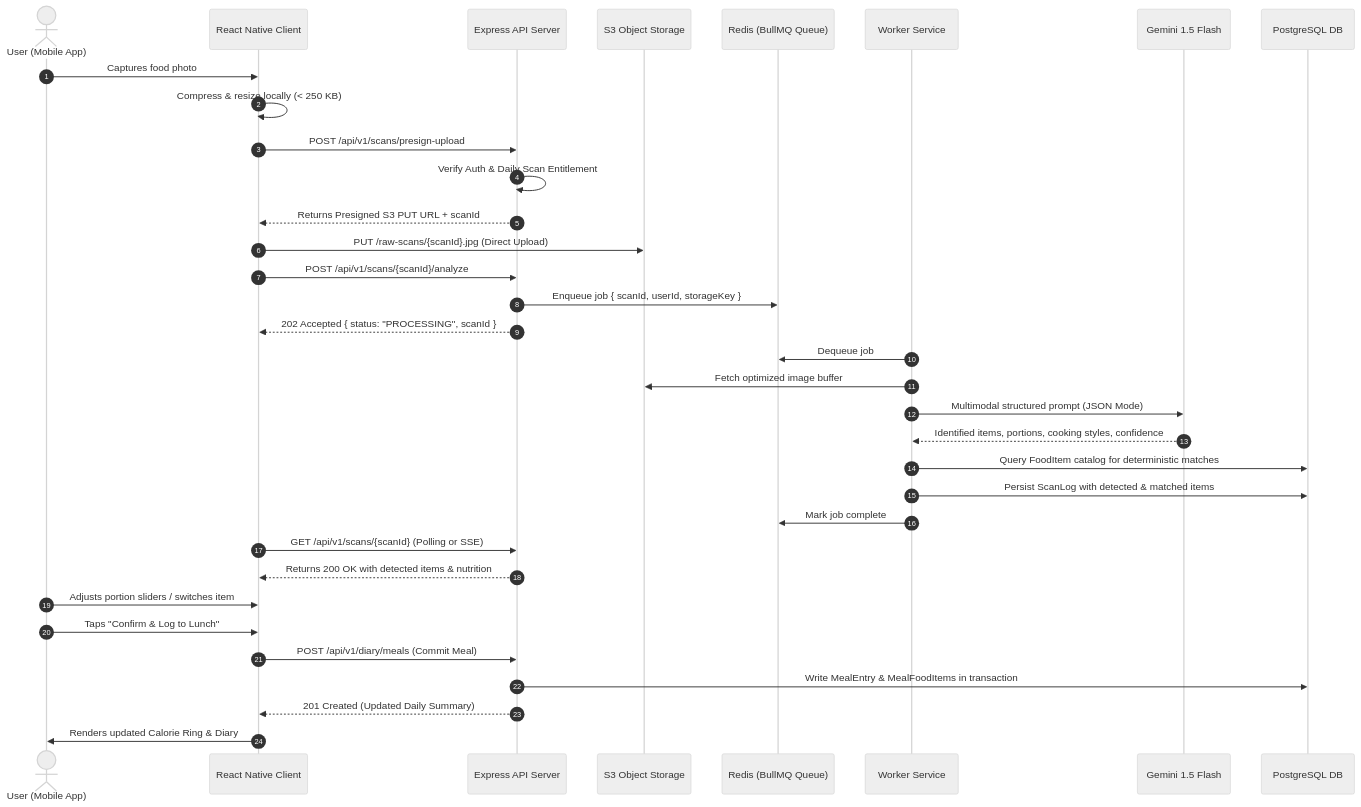
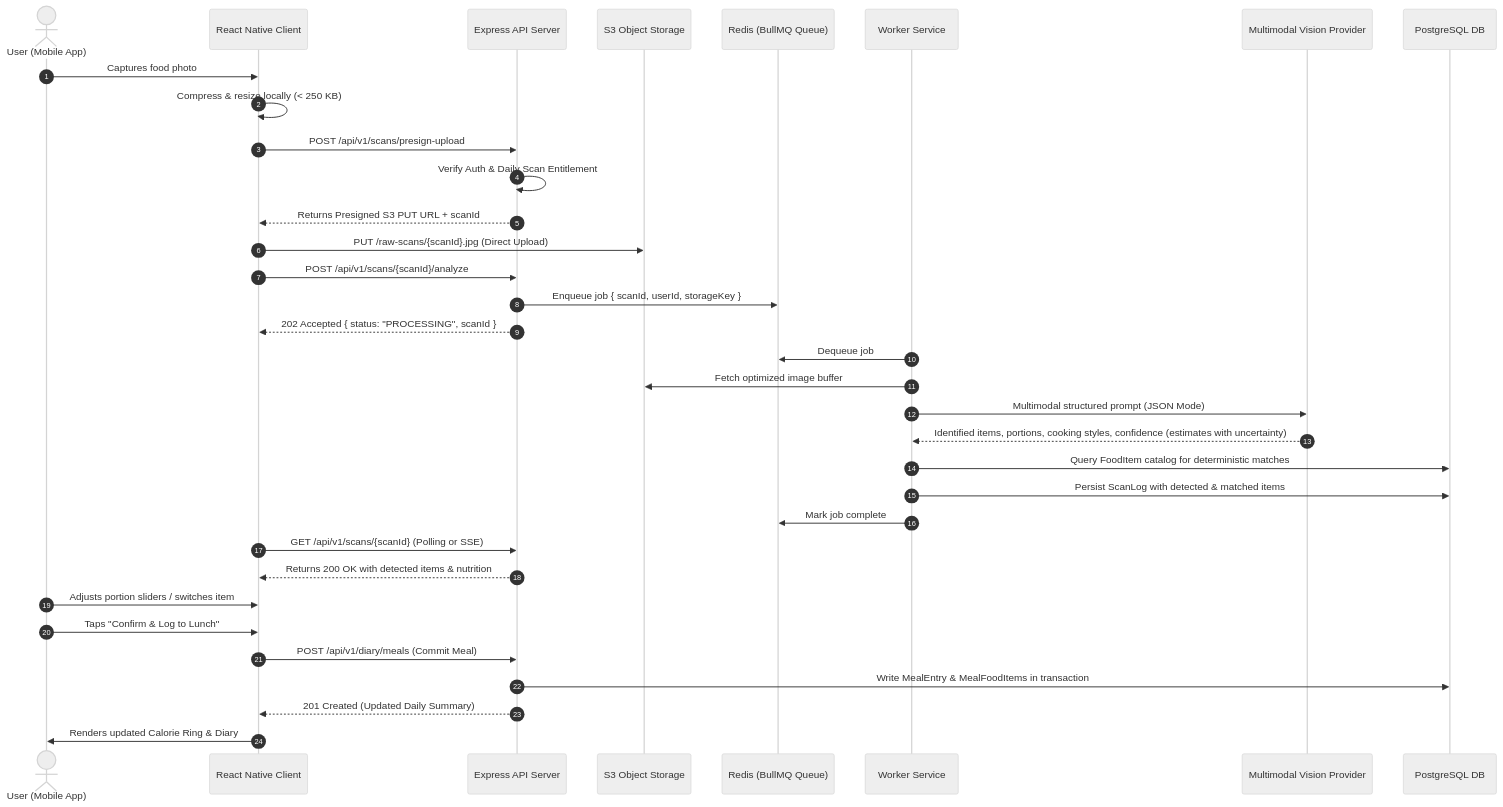
One commit to badal484/CAL-METER changed the second of 4 diagrams in docs/SYSTEM_ARCHITECTURE.md. Above: the diagram before and after it, drawn with Mermaid (neutral theme). The commit also changed other lines of this file and 88 other files, not shown here.

````diff
--- a/docs/SYSTEM_ARCHITECTURE.md
+++ b/docs/SYSTEM_ARCHITECTURE.md
@@ -152,39 +154,39 @@
 ```mermaid
 sequenceDiagram
     autonumber
     actor User as User (Mobile App)
     participant Client as React Native Client
     participant API as Express API Server
     participant S3 as S3 Object Storage
     participant Queue as Redis (BullMQ Queue)
     participant Worker as Worker Service
-    participant Gemini as Gemini 1.5 Flash
+    participant Vision as Multimodal Vision Provider
     participant DB as PostgreSQL DB
 
     User->>Client: Captures food photo
     Client->>Client: Compress & resize locally (< 250 KB)
     Client->>API: POST /api/v1/scans/presign-upload
     API->>API: Verify Auth & Daily Scan Entitlement
     API-->>Client: Returns Presigned S3 PUT URL + scanId
     Client->>S3: PUT /raw-scans/{scanId}.jpg (Direct Upload)
     Client->>API: POST /api/v1/scans/{scanId}/analyze
     API->>Queue: Enqueue job { scanId, userId, storageKey }
     API-->>Client: 202 Accepted { status: "PROCESSING", scanId }
 
     Worker->>Queue: Dequeue job
     Worker->>S3: Fetch optimized image buffer
-    Worker->>Gemini: Multimodal structured prompt (JSON Mode)
-    Gemini-->>Worker: Identified items, portions, cooking styles, confidence
+    Worker->>Vision: Multimodal structured prompt (JSON Mode)
+    Vision-->>Worker: Identified items, portions, cooking styles, confidence (estimates with uncertainty)
     Worker->>DB: Query FoodItem catalog for deterministic matches
     Worker->>DB: Persist ScanLog with detected & matched items
     Worker->>Queue: Mark job complete
 
     Client->>API: GET /api/v1/scans/{scanId} (Polling or SSE)
     API-->>Client: Returns 200 OK with detected items & nutrition
     User->>Client: Adjusts portion sliders / switches item
     User->>Client: Taps "Confirm & Log to Lunch"
     Client->>API: POST /api/v1/diary/meals (Commit Meal)
     API->>DB: Write MealEntry & MealFoodItems in transaction
     API-->>Client: 201 Created (Updated Daily Summary)
     Client->>User: Renders updated Calorie Ring & Diary
 ```
````
